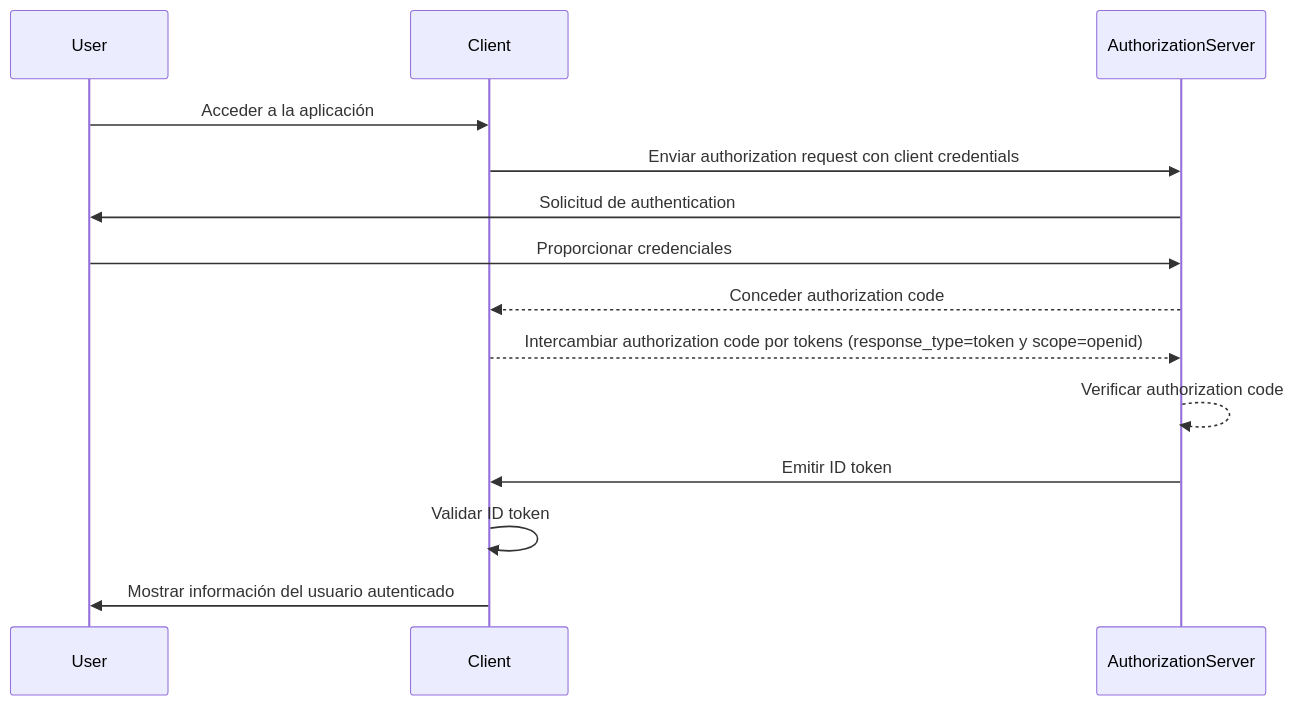
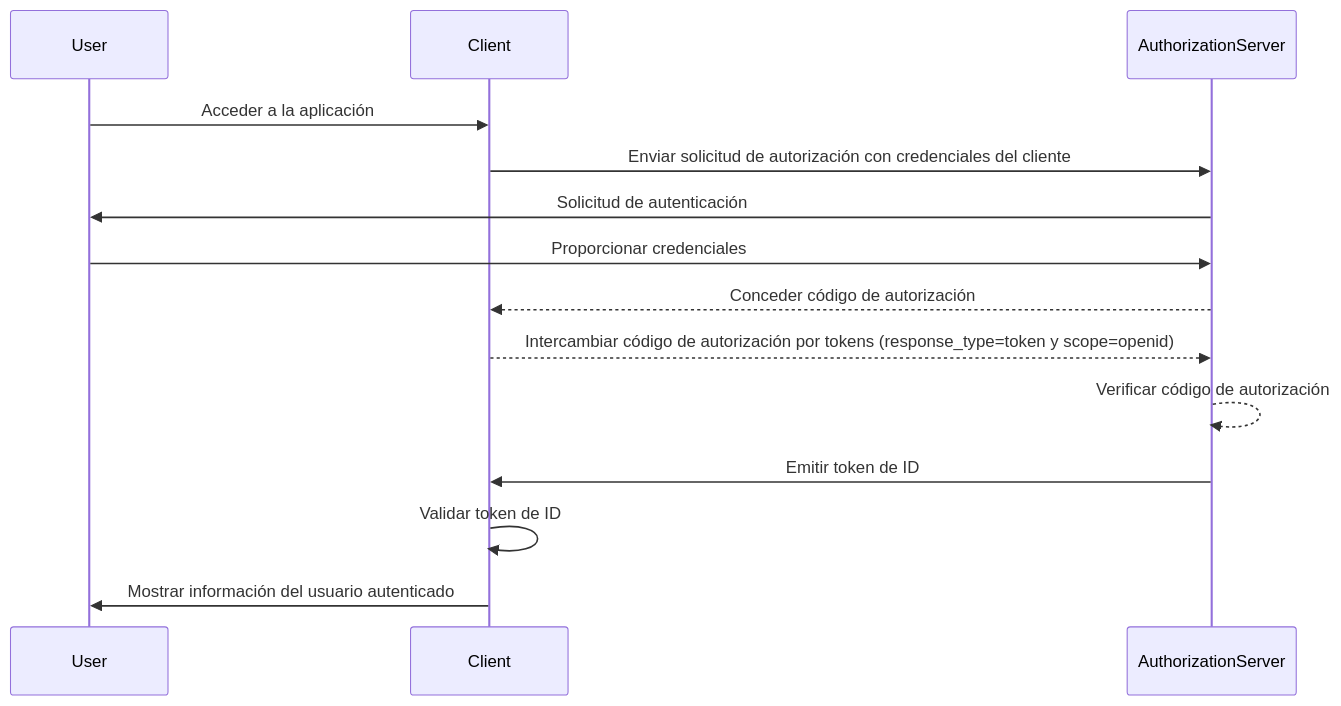
One commit to logto-io/auth-wiki changed the diagram in src/content/terms/es/id-token.mdx. Above: the diagram before and after it, drawn with Mermaid. The commit also changed other lines of this file and 48 other files, not shown here.

````diff
--- a/src/content/terms/es/id-token.mdx
+++ b/src/content/terms/es/id-token.mdx
@@ -19,17 +19,17 @@
 ```mermaid
 sequenceDiagram
     participant User
     participant Client
     participant AuthorizationServer
 
     User->>Client: Acceder a la aplicación
-    Client->>AuthorizationServer: Enviar authorization request con client credentials
-    AuthorizationServer->>User: Solicitud de authentication
+    Client->>AuthorizationServer: Enviar solicitud de autorización con credenciales del cliente
+    AuthorizationServer->>User: Solicitud de autenticación
     User->>AuthorizationServer: Proporcionar credenciales
-    AuthorizationServer-->>Client: Conceder authorization code
-    Client-->>AuthorizationServer: Intercambiar authorization code por tokens (response_type=token y scope=openid)
-    AuthorizationServer-->>AuthorizationServer: Verificar authorization code
-    AuthorizationServer->>Client: Emitir ID token
-    Client->>Client: Validar ID token
+    AuthorizationServer-->>Client: Conceder código de autorización
+    Client-->>AuthorizationServer: Intercambiar código de autorización por tokens (response_type=token y scope=openid)
+    AuthorizationServer-->>AuthorizationServer: Verificar código de autorización
+    AuthorizationServer->>Client: Emitir token de ID
+    Client->>Client: Validar token de ID
     Client->>User: Mostrar información del usuario autenticado
 ```
````
